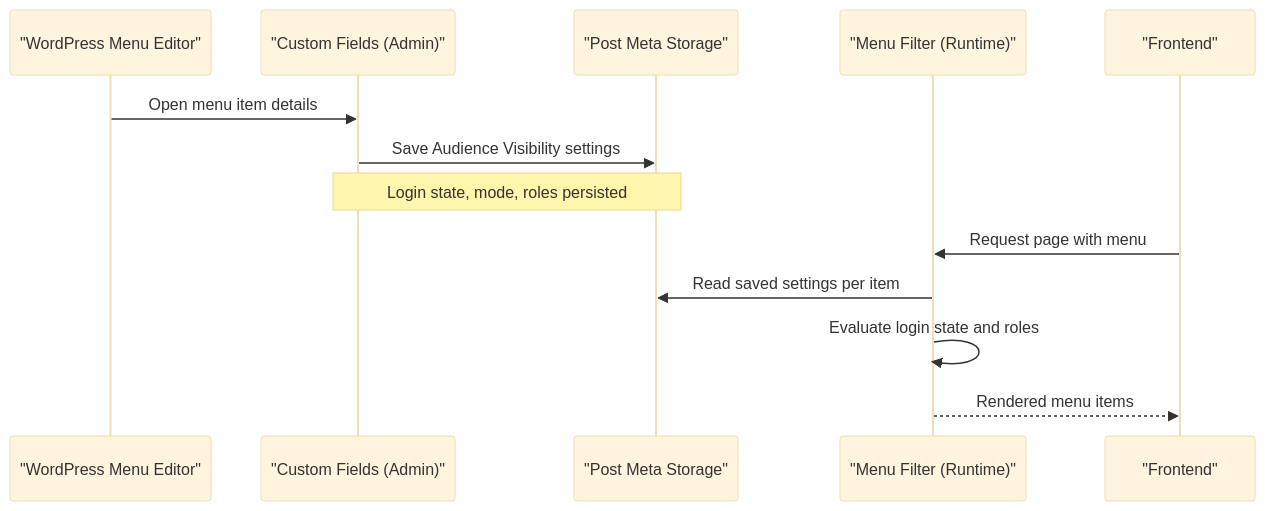
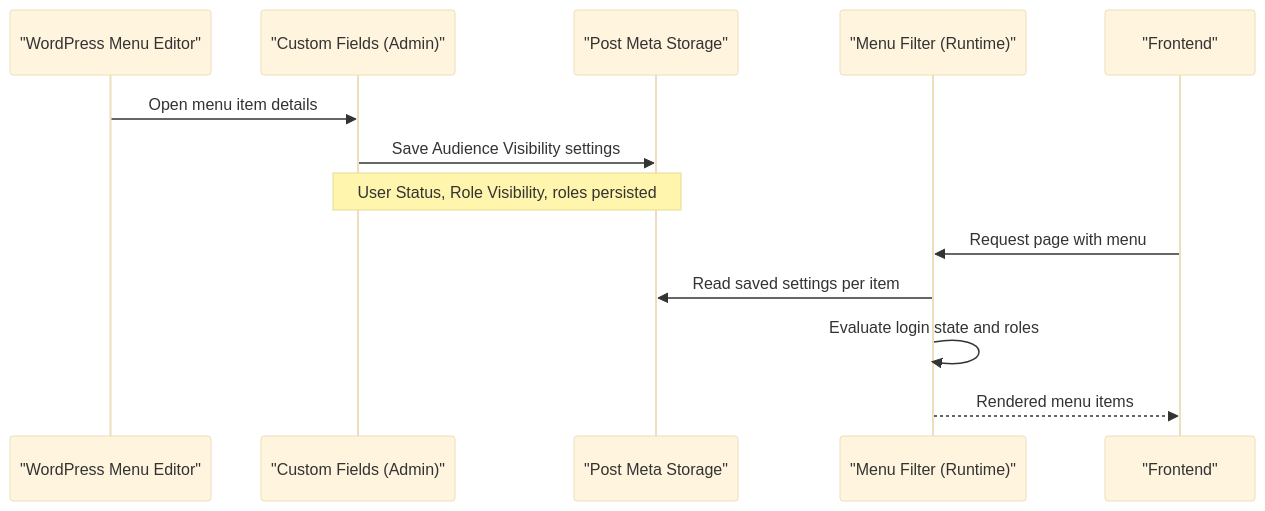
The second of 5 diagrams in .qoder/repowiki/en/content/Getting Started.md (mahfuzurwp/hide-menu-items-by-role), drawn with Mermaid (base theme) before and after one commit. The commit also changed other lines of this file and 8 other files, not shown here.

````diff
--- a/.qoder/repowiki/en/content/Getting Started.md
+++ b/.qoder/repowiki/en/content/Getting Started.md
@@ -76,15 +87,15 @@
 ```mermaid
 sequenceDiagram
 participant Editor as "WordPress Menu Editor"
 participant Admin as "Custom Fields (Admin)"
 participant Store as "Post Meta Storage"
 participant Runtime as "Menu Filter (Runtime)"
 participant Browser as "Frontend"
 Editor->>Admin : Open menu item details
 Admin->>Store : Save Audience Visibility settings
-Note over Admin,Store : Login state, mode, roles persisted
+Note over Admin,Store : User Status, Role Visibility, roles persisted
 Browser->>Runtime : Request page with menu
 Runtime->>Store : Read saved settings per item
 Runtime->>Runtime : Evaluate login state and roles
 Runtime-->>Browser : Rendered menu items
 ```
````
